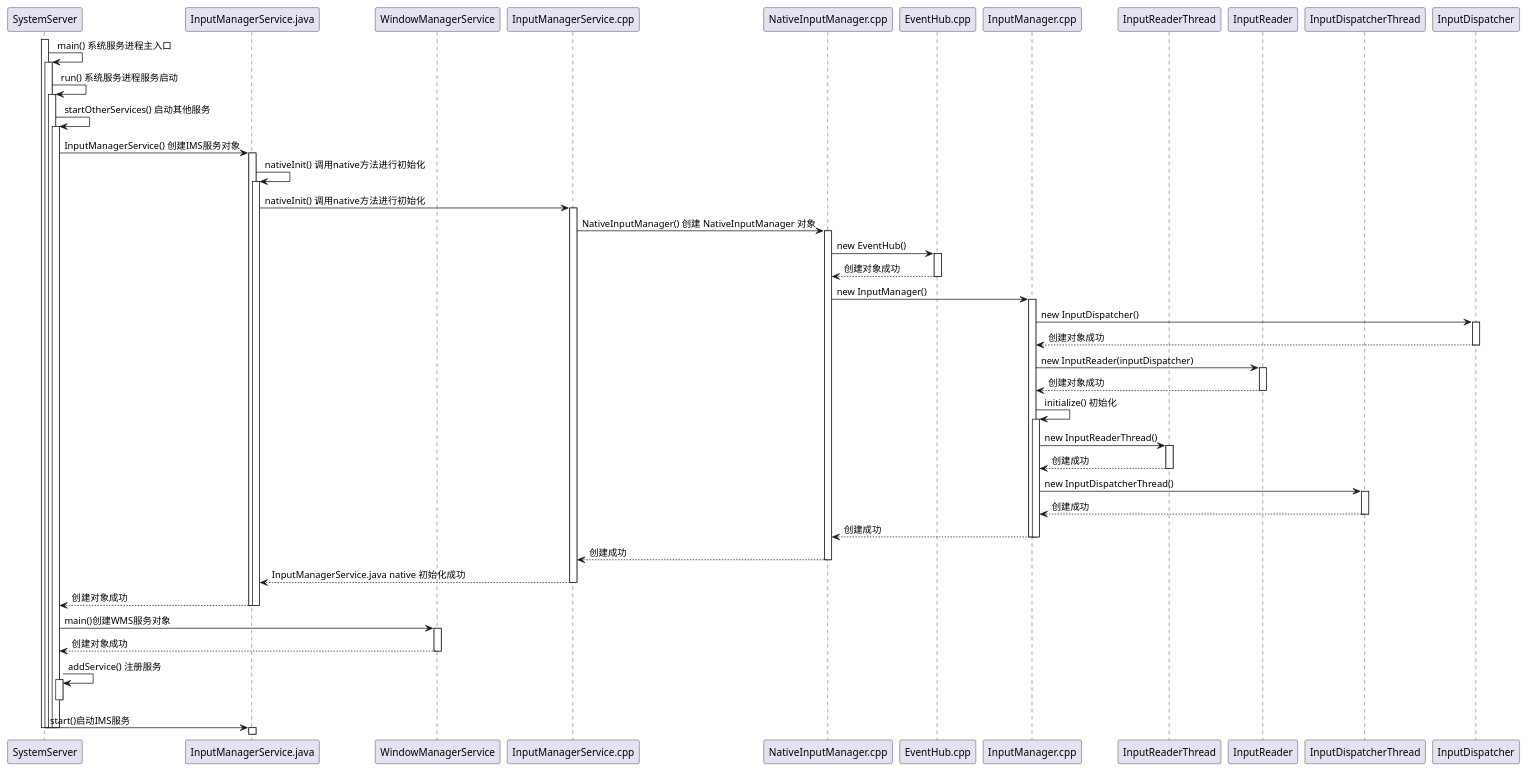
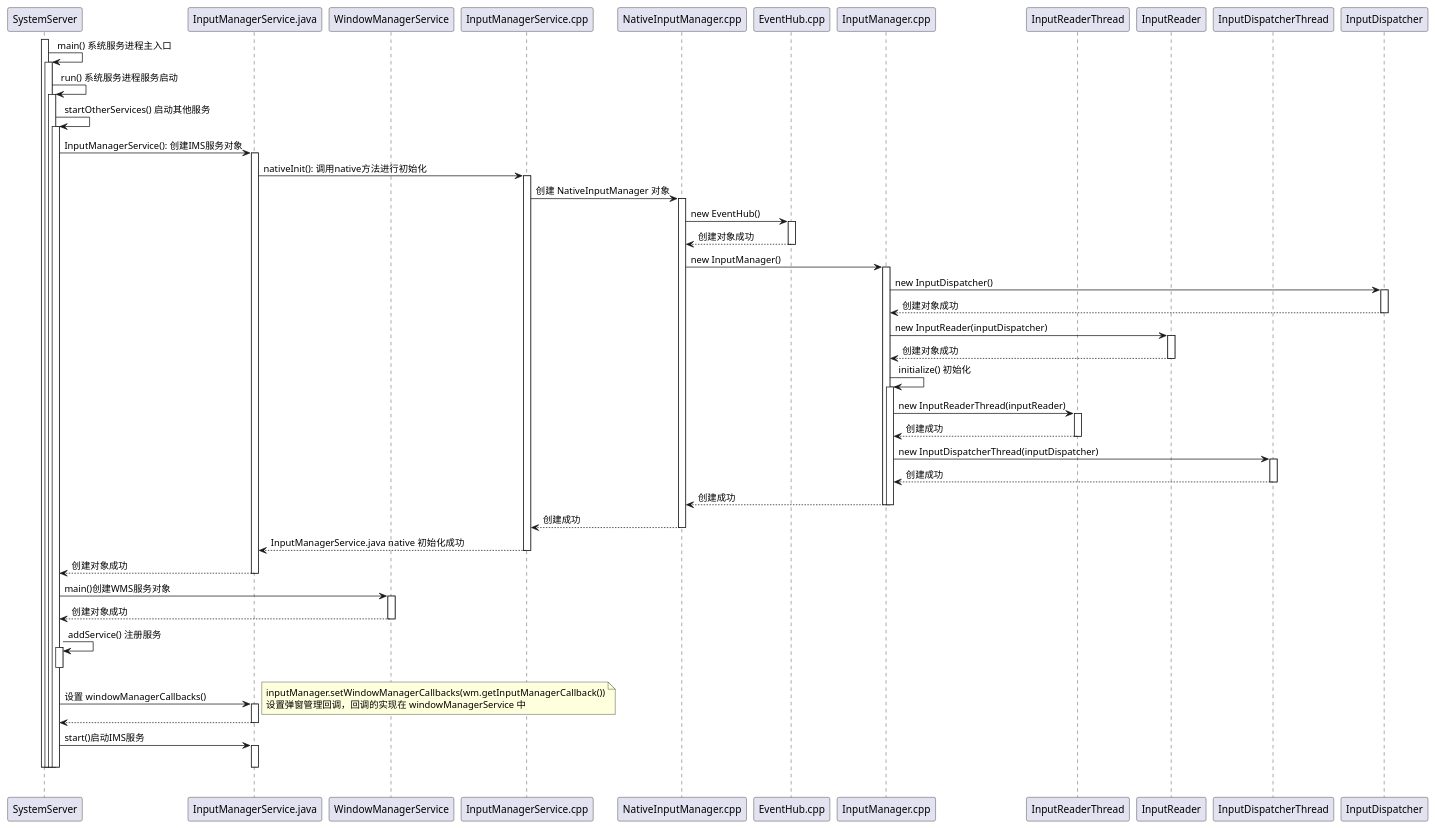
One commit to xHonghui/android-26 changed the diagram in doc/Android输入系统/IMS_create.puml. Above: the diagram before and after it, drawn with PlantUML. The commit also changed 6 other files, not shown here.

```diff
--- a/doc/Android输入系统/IMS_create.puml
+++ b/doc/Android输入系统/IMS_create.puml
@@ -1,93 +1,95 @@
 @startuml
 'https://plantuml.com/sequence-diagram
 'IMS创建流程
 
 participant SystemServer
 participant InputManagerService.java
 participant WindowManagerService
 participant InputManagerService.cpp
 participant NativeInputManager.cpp
 participant EventHub.cpp
 participant InputManager.cpp
 participant InputReaderThread
 participant InputReader
 participant InputDispatcherThread
 participant InputDispatcher
 
 
 activate SystemServer
 SystemServer -> SystemServer: main() 系统服务进程主入口
 activate SystemServer
 SystemServer -> SystemServer: run() 系统服务进程服务启动
 activate SystemServer
 SystemServer -> SystemServer: startOtherServices() 启动其他服务
 activate SystemServer
 
 '创建IMS服务流程
-SystemServer -> InputManagerService.java: InputManagerService() 创建IMS服务对象
+SystemServer -> InputManagerService.java: InputManagerService(): 创建IMS服务对象
 activate InputManagerService.java
-InputManagerService.java -> InputManagerService.java: nativeInit() 调用native方法进行初始化
-activate InputManagerService.java
-InputManagerService.java -> InputManagerService.cpp: nativeInit() 调用native方法进行初始化
+InputManagerService.java -> InputManagerService.cpp: nativeInit(): 调用native方法进行初始化
 activate InputManagerService.cpp
-InputManagerService.cpp -> NativeInputManager.cpp: NativeInputManager() 创建 NativeInputManager 对象
+InputManagerService.cpp -> NativeInputManager.cpp: 创建 NativeInputManager 对象
 activate NativeInputManager.cpp
 NativeInputManager.cpp -> EventHub.cpp: new EventHub()
 activate EventHub.cpp
 EventHub.cpp --> NativeInputManager.cpp: 创建对象成功
 deactivate EventHub.cpp
 NativeInputManager.cpp -> InputManager.cpp: new InputManager()
 activate InputManager.cpp
 InputManager.cpp -> InputDispatcher: new InputDispatcher()
 activate InputDispatcher
 InputDispatcher --> InputManager.cpp:  创建对象成功
 deactivate InputDispatcher
 InputManager.cpp -> InputReader: new InputReader(inputDispatcher)
 activate InputReader
 InputReader --> InputManager.cpp: 创建对象成功
 deactivate InputReader
 InputManager.cpp -> InputManager.cpp: initialize() 初始化
 activate InputManager.cpp
-InputManager.cpp -> InputReaderThread: new InputReaderThread()
+InputManager.cpp -> InputReaderThread: new InputReaderThread(inputReader)
 activate InputReaderThread
 InputReaderThread --> InputManager.cpp: 创建成功
 deactivate InputReaderThread
-InputManager.cpp -> InputDispatcherThread: new InputDispatcherThread()
+InputManager.cpp -> InputDispatcherThread: new InputDispatcherThread(inputDispatcher)
 activate InputDispatcherThread
 InputDispatcherThread --> InputManager.cpp: 创建成功
 deactivate InputDispatcherThread
 InputManager.cpp --> NativeInputManager.cpp: 创建成功
 deactivate InputManager.cpp
 deactivate InputManager.cpp
 NativeInputManager.cpp --> InputManagerService.cpp: 创建成功
 deactivate NativeInputManager.cpp
 InputManagerService.cpp -->  InputManagerService.java: InputManagerService.java native 初始化成功
 deactivate InputManagerService.cpp
 InputManagerService.java --> SystemServer: 创建对象成功
 deactivate InputManagerService.java
-deactivate InputManagerService.java
 
 SystemServer -> WindowManagerService: main()创建WMS服务对象
 activate WindowManagerService
 WindowManagerService --> SystemServer: 创建对象成功
 deactivate WindowManagerService
 
 SystemServer -> SystemServer: addService() 注册服务
 activate SystemServer
 deactivate SystemServer
+SystemServer -> InputManagerService.java: 设置 windowManagerCallbacks()
+note right
+    inputManager.setWindowManagerCallbacks(wm.getInputManagerCallback())
+    设置弹窗管理回调，回调的实现在 windowManagerService 中
+end note
+activate InputManagerService.java
+InputManagerService.java --> SystemServer
+deactivate InputManagerService.java
 
-SystemServer -> InputManagerService.java: start()启动IMS服务
+SystemServer -> InputManagerService.java:start()启动IMS服务
+|||
+'启动服务流程
+activate InputManagerService.java
+deactivate InputManagerService.java
+
 deactivate SystemServer
 deactivate SystemServer
 deactivate SystemServer
 deactivate SystemServer
 
-'启动服务流程
-activate InputManagerService.java
-
-
-
-deactivate InputManagerService.java
-
-
 @enduml
```
